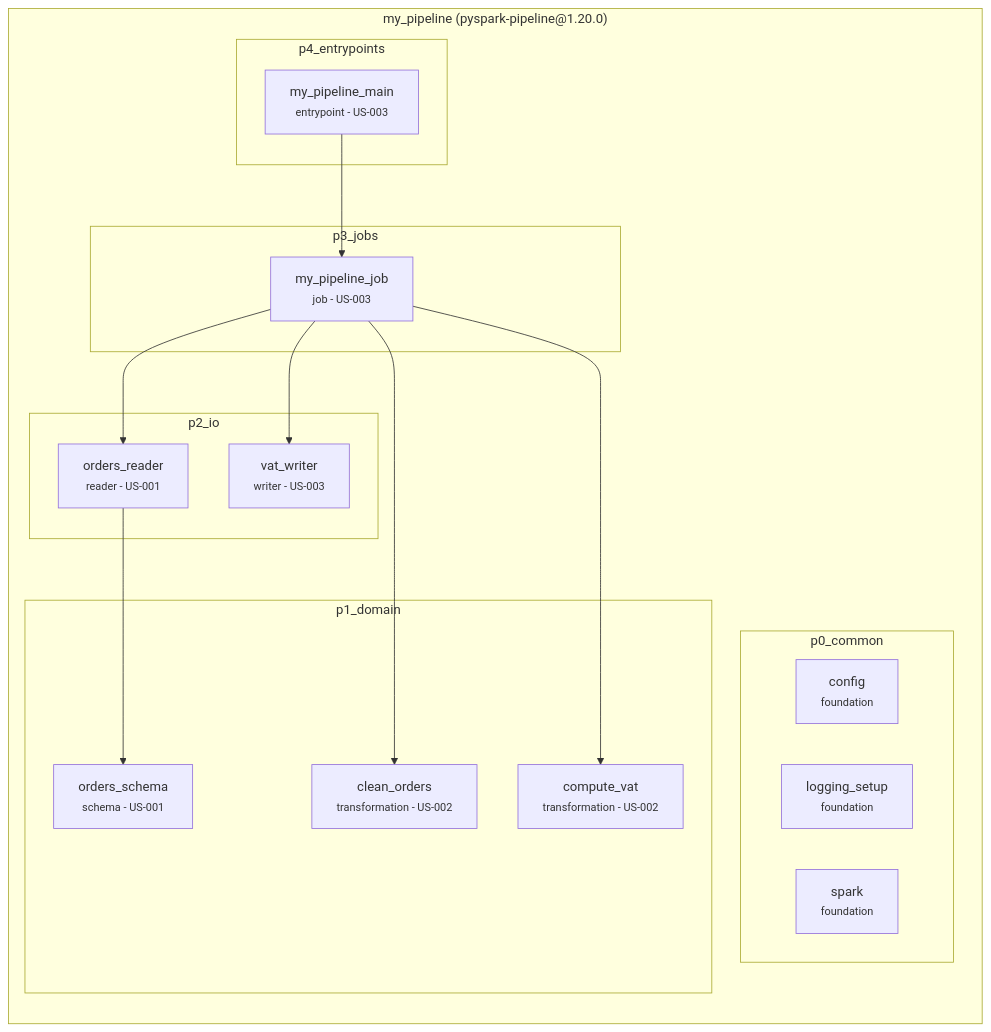
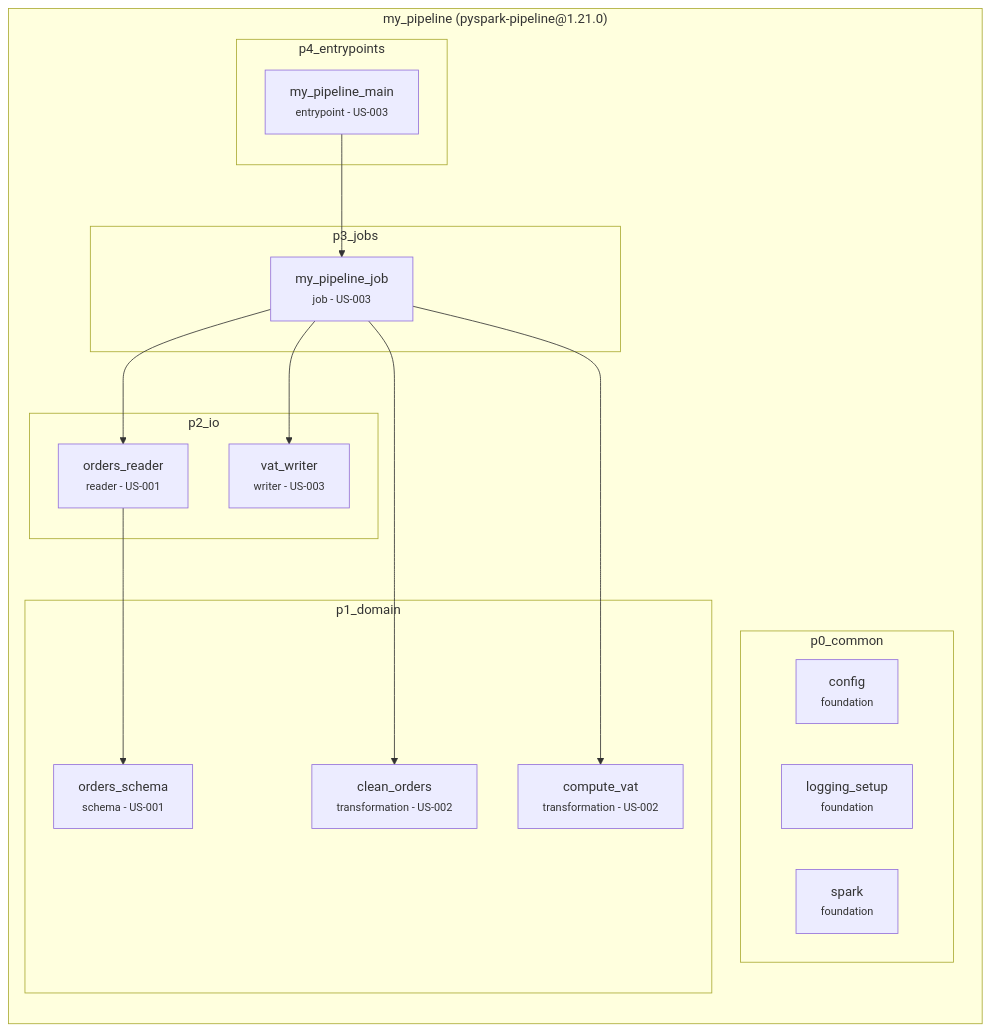
One commit to archvow/archvow-plugin changed the diagram in contract/archvow/examples/pyspark-pipeline/.archvow/spec.md. Above: the diagram before and after it, drawn with Mermaid. The commit also changed other lines of this file and 168 other files, not shown here.

````diff
--- a/contract/archvow/examples/pyspark-pipeline/.archvow/spec.md
+++ b/contract/archvow/examples/pyspark-pipeline/.archvow/spec.md
@@ -11,33 +11,33 @@
 ```mermaid
 flowchart TB
-  subgraph my_pipeline["my_pipeline (pyspark-pipeline@1.20.0)"]
+  subgraph my_pipeline["my_pipeline (pyspark-pipeline@1.21.0)"]
     direction TB
     subgraph my_pipeline__p0_common["p0_common"]
       my_pipeline__config["config<br/><small>foundation</small>"]
       my_pipeline__logging_setup["logging_setup<br/><small>foundation</small>"]
       my_pipeline__spark["spark<br/><small>foundation</small>"]
     end
     subgraph my_pipeline__p1_domain["p1_domain"]
       my_pipeline__clean_orders["clean_orders<br/><small>transformation - US-002</small>"]
       my_pipeline__compute_vat["compute_vat<br/><small>transformation - US-002</small>"]
       my_pipeline__orders_schema["orders_schema<br/><small>schema - US-001</small>"]
     end
     subgraph my_pipeline__p2_io["p2_io"]
       my_pipeline__orders_reader["orders_reader<br/><small>reader - US-001</small>"]
       my_pipeline__vat_writer["vat_writer<br/><small>writer - US-003</small>"]
     end
     subgraph my_pipeline__p3_jobs["p3_jobs"]
       my_pipeline__my_pipeline_job["my_pipeline_job<br/><small>job - US-003</small>"]
     end
     subgraph my_pipeline__p4_entrypoints["p4_entrypoints"]
       my_pipeline__my_pipeline_main["my_pipeline_main<br/><small>entrypoint - US-003</small>"]
     end
   end
   my_pipeline__orders_reader --> my_pipeline__orders_schema
   my_pipeline__my_pipeline_job --> my_pipeline__orders_reader
   my_pipeline__my_pipeline_job --> my_pipeline__clean_orders
   my_pipeline__my_pipeline_job --> my_pipeline__compute_vat
   my_pipeline__my_pipeline_job --> my_pipeline__vat_writer
   my_pipeline__my_pipeline_main --> my_pipeline__my_pipeline_job
   classDef empty fill:none,stroke:none
 ```
````
